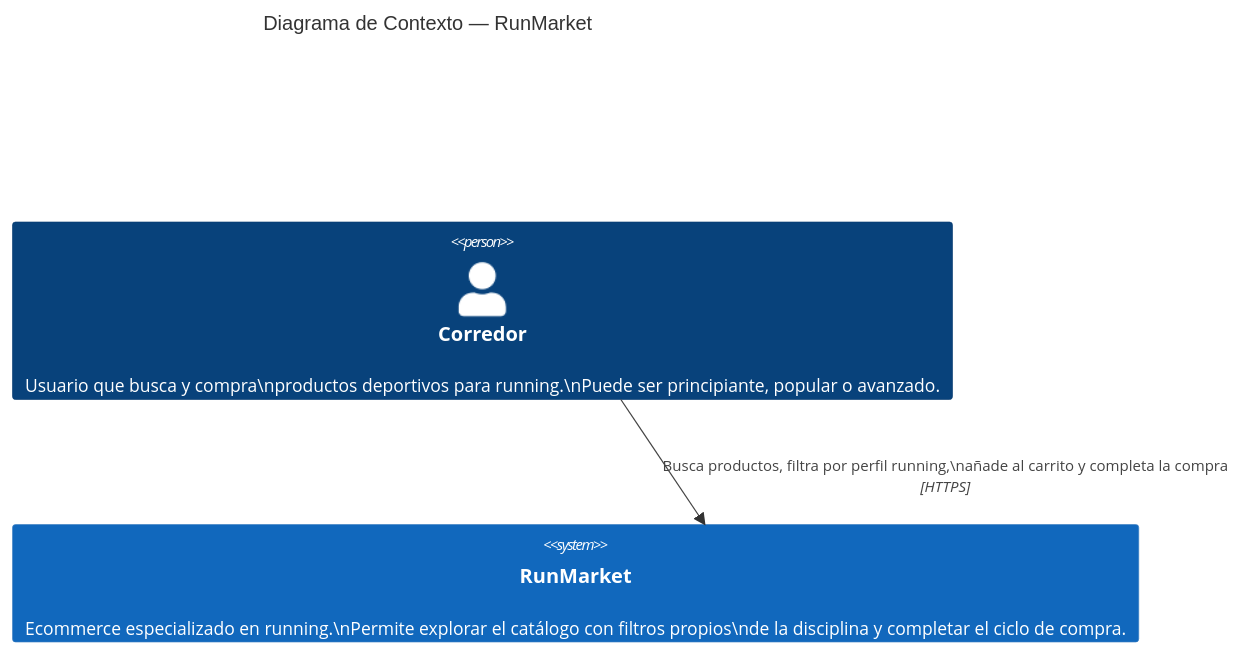
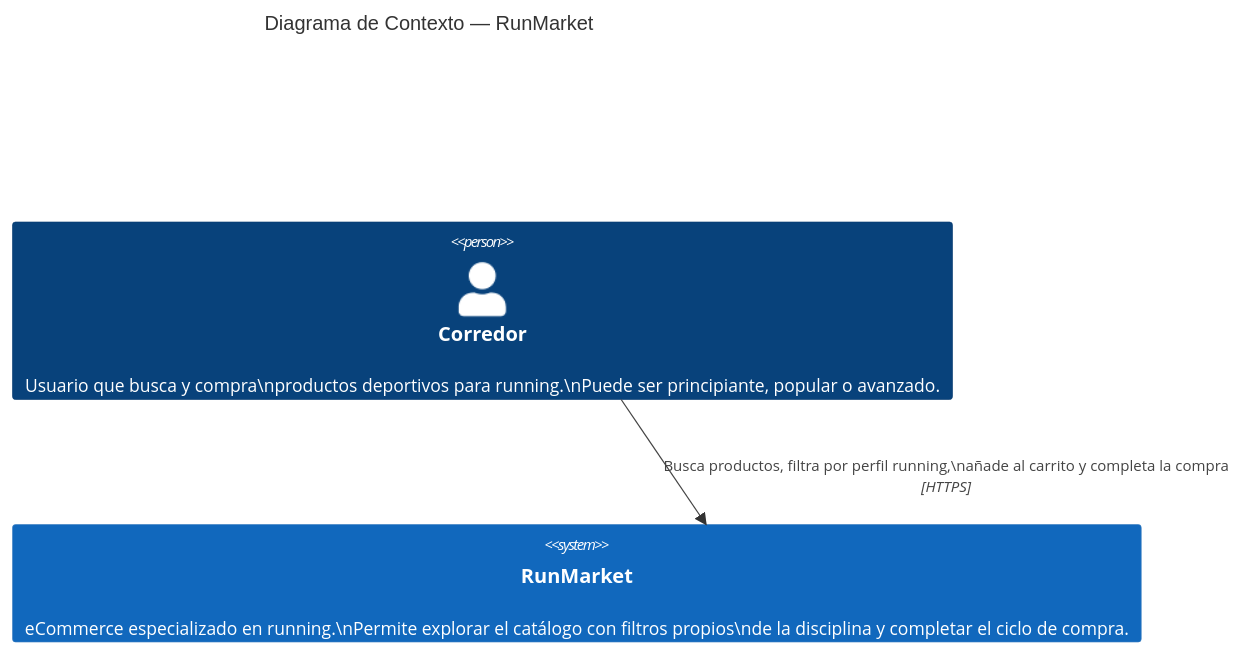
The second of 9 diagrams in docs/ARCHITECTURE.md (LIDR-academy/AI4Devs-finalproject), drawn with Mermaid before and after one commit. The commit also changed other lines of this file and 5 other files, not shown here.

````diff
--- a/docs/ARCHITECTURE.md
+++ b/docs/ARCHITECTURE.md
@@ -292,10 +292,10 @@
 ```mermaid
 C4Context
     title Diagrama de Contexto — RunMarket
 
     Person(runner, "Corredor", "Usuario que busca y compra\nproductos deportivos para running.\nPuede ser principiante, popular o avanzado.")
 
-    System(runmarket, "RunMarket", "Ecommerce especializado en running.\nPermite explorar el catálogo con filtros propios\nde la disciplina y completar el ciclo de compra.")
+    System(runmarket, "RunMarket", "eCommerce especializado en running.\nPermite explorar el catálogo con filtros propios\nde la disciplina y completar el ciclo de compra.")
 
     Rel(runner, runmarket, "Busca productos, filtra por perfil running,\nañade al carrito y completa la compra", "HTTPS")
 ```
````
